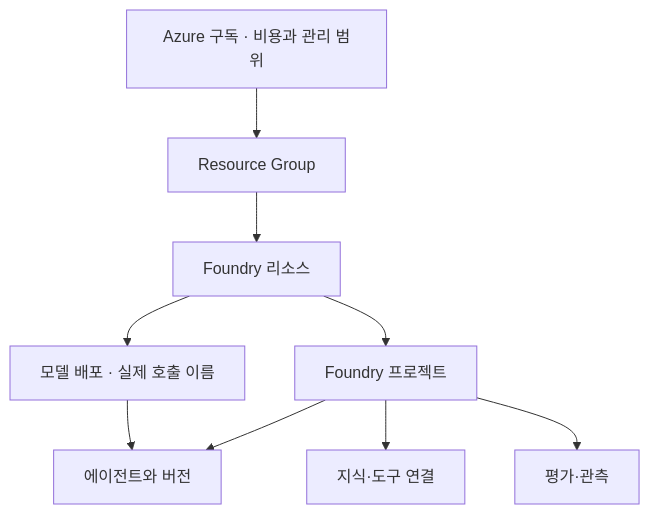
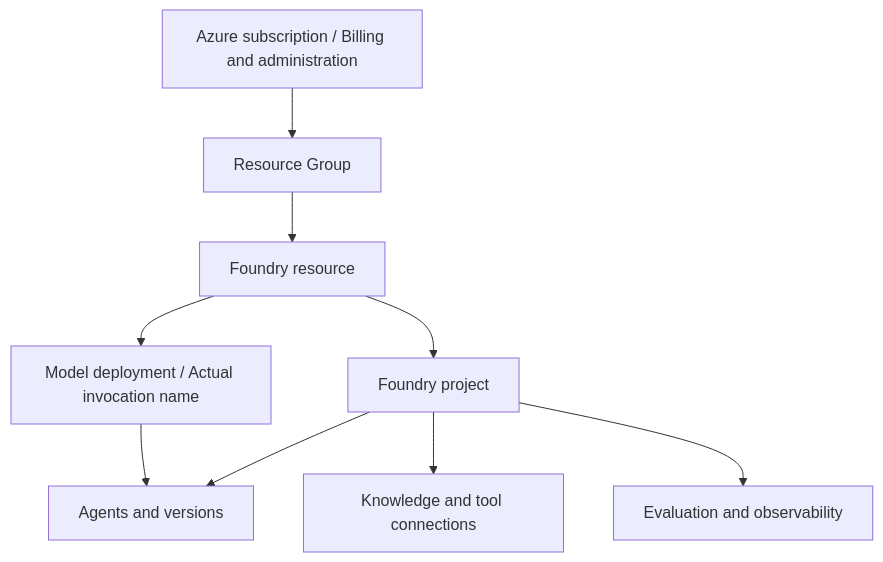
One commit to junwoojeong100/microsoft-foundry-v2-labs changed the diagram in docs/labs/01-foundry.md. Above: the diagram before and after it, drawn with Mermaid. The commit also changed other lines of this file and 68 other files, not shown here.

````diff
--- a/docs/labs/01-foundry.md
+++ b/docs/labs/01-foundry.md
@@ -20,11 +21,11 @@
 ```mermaid
 flowchart TD
-    S["Azure 구독 · 비용과 관리 범위"] --> R["Resource Group"]
-    R --> F["Foundry 리소스"]
-    F --> D["모델 배포 · 실제 호출 이름"]
-    F --> P["Foundry 프로젝트"]
-    P --> A["에이전트와 버전"]
-    P --> C["지식·도구 연결"]
-    P --> E["평가·관측"]
+    S["Azure subscription / Billing and administration"] --> R["Resource Group"]
+    R --> F["Foundry resource"]
+    F --> D["Model deployment / Actual invocation name"]
+    F --> P["Foundry project"]
+    P --> A["Agents and versions"]
+    P --> C["Knowledge and tool connections"]
+    P --> E["Evaluation and observability"]
     D --> A
 ```
````
